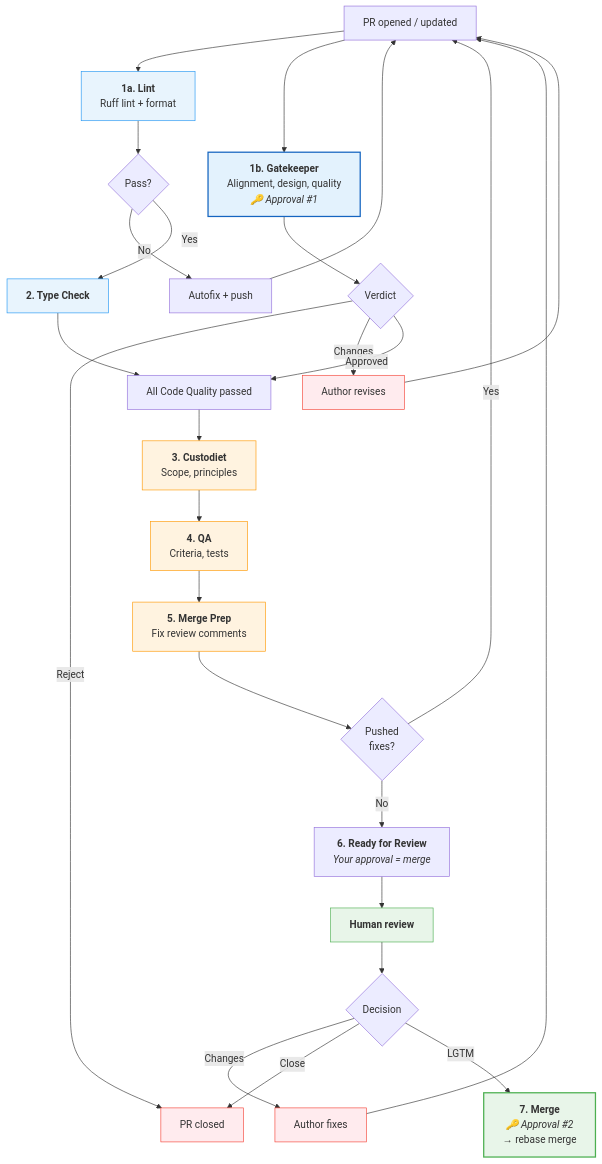
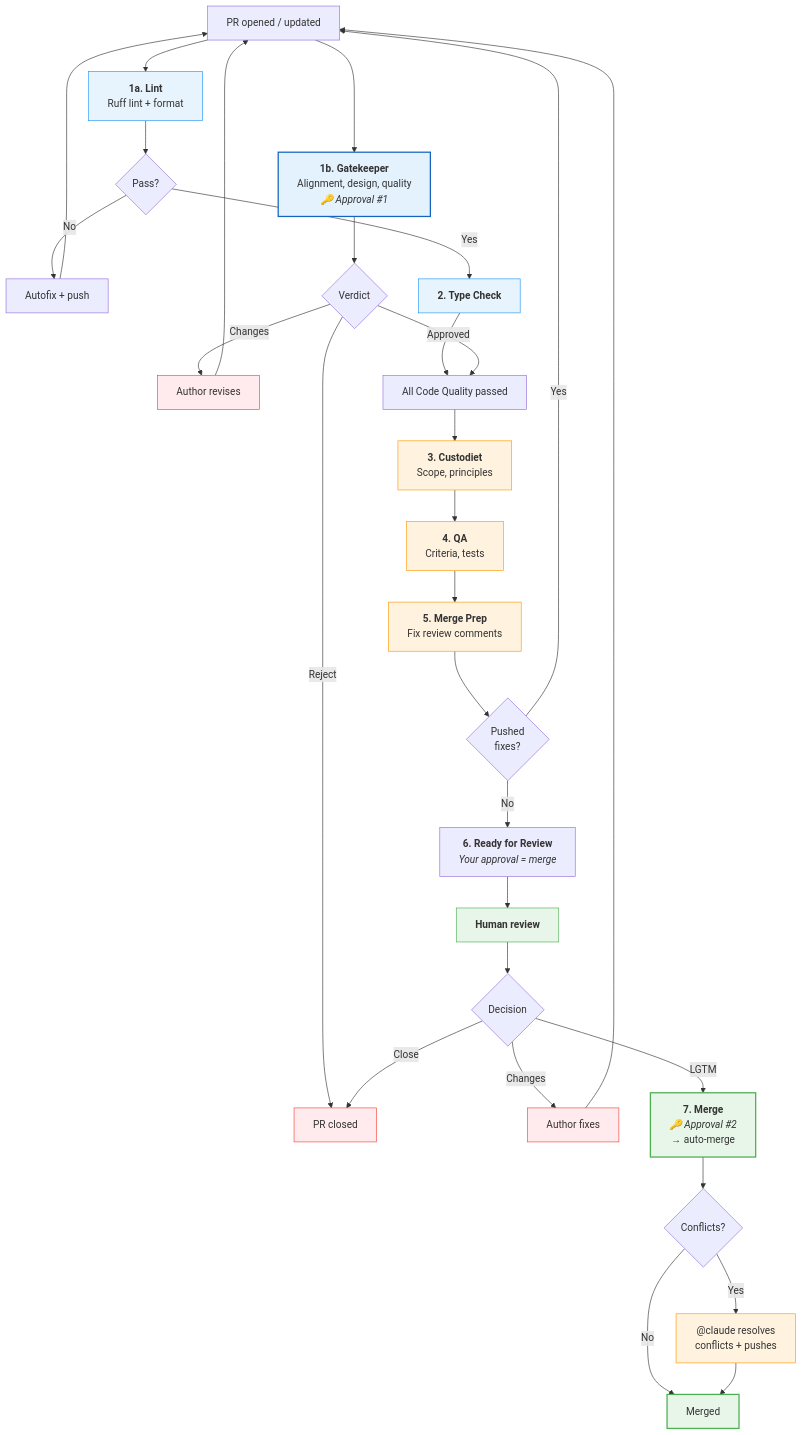
One commit to nicsuzor/academicOps changed the diagram in specs/pr-process.md. Above: the diagram before and after it, drawn with Mermaid. The commit also changed other lines of this file, not shown here.

First line of the commit message:
docs: update pr-process spec for auto-merge + conflict resolution

````diff
--- a/specs/pr-process.md
+++ b/specs/pr-process.md
@@ -63,52 +64,57 @@
 ```mermaid
 flowchart TD
     PR["PR opened / updated"]
 
     %% ── Code Quality ──
     PR --> Lint["<b>1a. Lint</b><br/>Ruff lint + format"]
     PR --> GK["<b>1b. Gatekeeper</b><br/>Alignment, design, quality<br/><i>🔑 Approval #1</i>"]
 
     Lint --> LintOK{Pass?}
     LintOK -- No --> AutoFix["Autofix + push"]
     AutoFix --> PR
     LintOK -- Yes --> TypeCk["<b>2. Type Check</b>"]
 
     GK --> GKV{Verdict}
     GKV -- Reject --> Close["PR closed"]
     GKV -- Changes --> FixGK["Author revises"]
     FixGK --> PR
 
     %% ── Review Pipeline (only if Code Quality passes) ──
     TypeCk --> AllPass
     GKV -- Approved --> AllPass["All Code Quality passed"]
 
     AllPass --> Cust["<b>3. Custodiet</b><br/>Scope, principles"]
     Cust --> QA["<b>4. QA</b><br/>Criteria, tests"]
     QA --> MP["<b>5. Merge Prep</b><br/>Fix review comments"]
 
     MP --> MPPush{Pushed<br/>fixes?}
     MPPush -- Yes --> PR
     MPPush -- No --> Notify["<b>6. Ready for Review</b><br/><i>Your approval = merge</i>"]
 
     Notify --> Human["<b>Human review</b>"]
     Human --> HV{Decision}
     HV -- Changes --> AuthorFix["Author fixes"]
     AuthorFix --> PR
     HV -- Close --> Close
-    HV -- "LGTM" --> Merge["<b>7. Merge</b><br/><i>🔑 Approval #2</i><br/>→ rebase merge"]
+    HV -- "LGTM" --> Merge["<b>7. Merge</b><br/><i>🔑 Approval #2</i><br/>→ auto-merge"]
+    Merge --> MergeOK{Conflicts?}
+    MergeOK -- No --> Done["Merged"]
+    MergeOK -- Yes --> Claude["@claude resolves<br/>conflicts + pushes"]
+    Claude --> Done
 
     %% ── Styling ──
     classDef gate fill:#e8f4fd,stroke:#2196f3
     classDef agent fill:#fff3e0,stroke:#ff9800
     classDef gatekeeper fill:#e3f2fd,stroke:#1565c0,stroke-width:2px
     classDef human fill:#e8f5e9,stroke:#4caf50
     classDef fail fill:#ffebee,stroke:#f44336
     classDef success fill:#e8f5e9,stroke:#4caf50,stroke-width:2px
 
     class Lint,TypeCk gate
     class Cust,QA,MP agent
     class GK gatekeeper
     class Human human
     class Close,FixGK,AuthorFix fail
-    class Merge success
+    class Merge,Done success
+    class Claude agent
 ```
````
